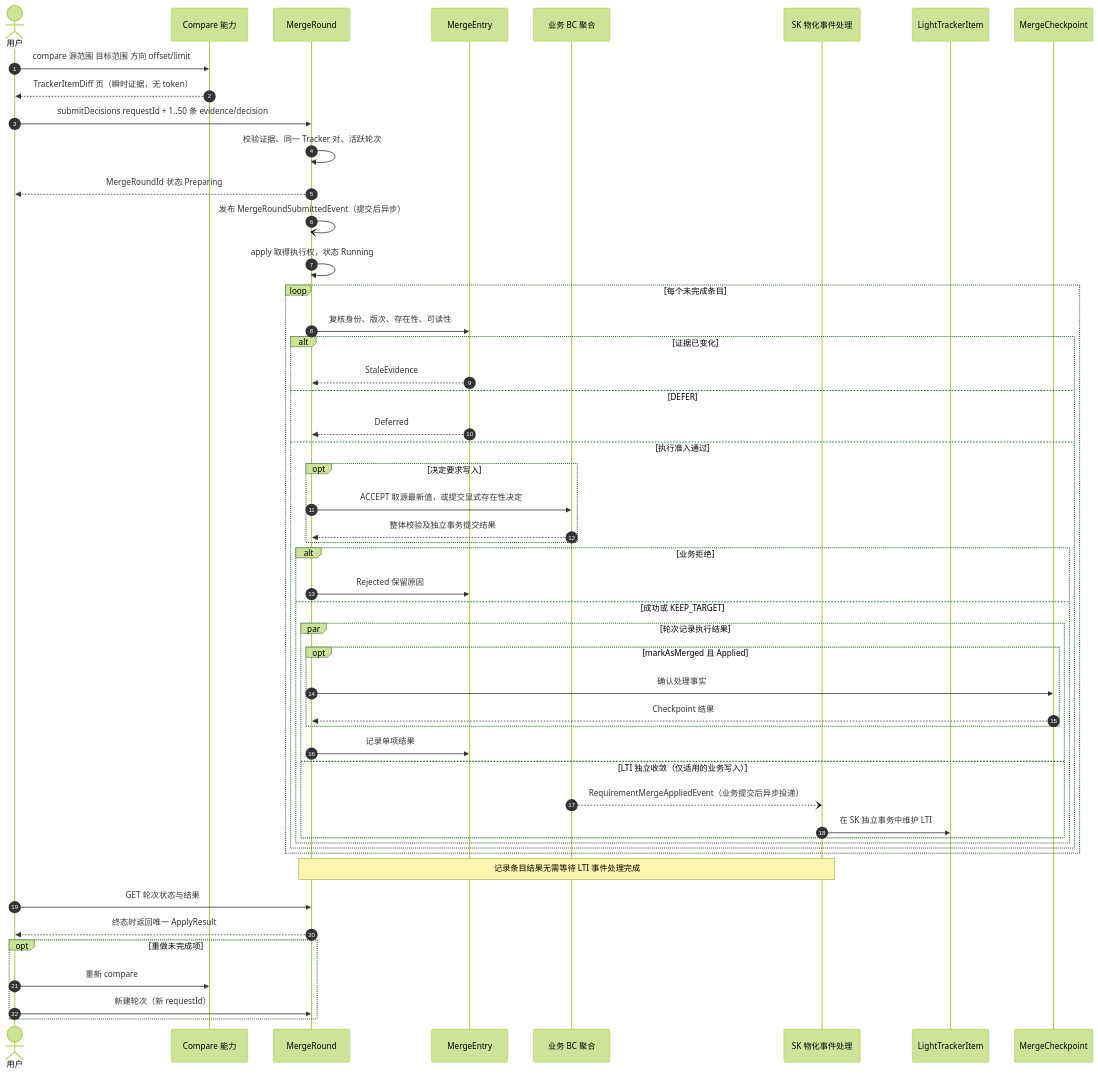
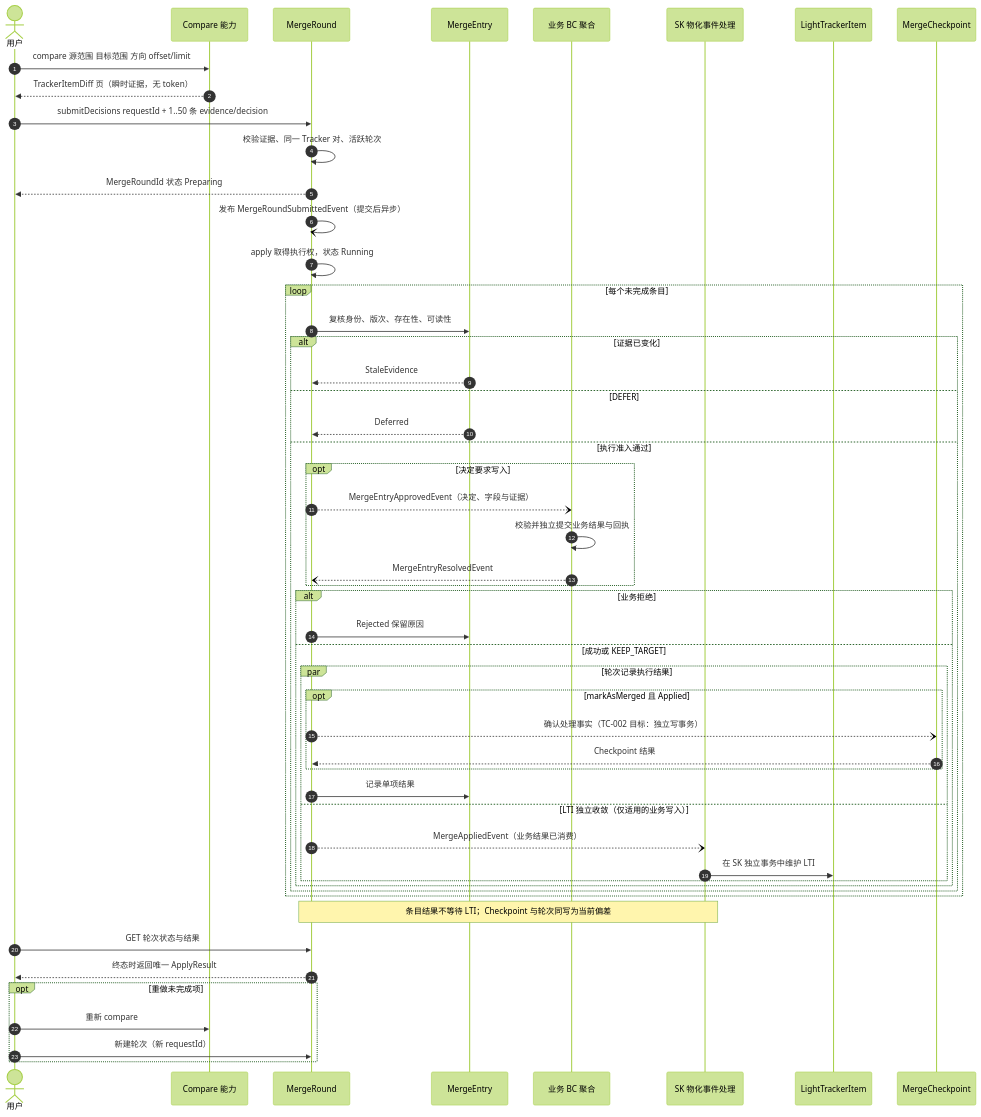
The first of 3 diagrams in docs/working-set/diagrams/merge-entry-lifecycle.md (Greytrack/ddd-workingset), drawn with Mermaid (forest theme) before and after one commit. The commit also changed 40 other files, not shown here.

````diff
--- a/docs/working-set/diagrams/merge-entry-lifecycle.md
+++ b/docs/working-set/diagrams/merge-entry-lifecycle.md
@@ -19,57 +19,58 @@
 ```mermaid
 sequenceDiagram
     autonumber
     actor U as 用户
     participant D as Compare 能力
     participant R as MergeRound
     participant E as MergeEntry
     participant BC as 业务 BC 聚合
     participant H as SK 物化事件处理
     participant L as LightTrackerItem
     participant C as MergeCheckpoint
 
     U->>D: compare 源范围 目标范围 方向 offset/limit
     D-->>U: TrackerItemDiff 页（瞬时证据，无 token）
 
     U->>R: submitDecisions requestId + 1..50 条 evidence/decision
     R->>R: 校验证据、同一 Tracker 对、活跃轮次
     R-->>U: MergeRoundId 状态 Preparing
     R-)R: 发布 MergeRoundSubmittedEvent（提交后异步）
 
     R->>R: apply 取得执行权，状态 Running
     loop 每个未完成条目
         R->>E: 复核身份、版次、存在性、可读性
         alt 证据已变化
             E-->>R: StaleEvidence
         else DEFER
             E-->>R: Deferred
         else 执行准入通过
             opt 决定要求写入
-                R->>BC: ACCEPT 取源最新值，或提交显式存在性决定
-                BC-->>R: 整体校验及独立事务提交结果
+                R--)BC: MergeEntryApprovedEvent（决定、字段与证据）
+                BC->>BC: 校验并独立提交业务结果与回执
+                BC--)R: MergeEntryResolvedEvent
             end
             alt 业务拒绝
                 R->>E: Rejected 保留原因
             else 成功或 KEEP_TARGET
                 par 轮次记录执行结果
                     opt markAsMerged 且 Applied
-                        R->>C: 确认处理事实
+                        R--)C: 确认处理事实（TC-002 目标：独立写事务）
                         C-->>R: Checkpoint 结果
                     end
                     R->>E: 记录单项结果
                 and LTI 独立收敛（仅适用的业务写入）
-                    BC--)H: RequirementMergeAppliedEvent（业务提交后异步投递）
+                    R--)H: MergeAppliedEvent（业务结果已消费）
                     H->>L: 在 SK 独立事务中维护 LTI
                 end
             end
         end
     end
-    Note over R,H: 记录条目结果无需等待 LTI 事件处理完成
+    Note over R,H: 条目结果不等待 LTI；Checkpoint 与轮次同写为当前偏差
     U->>R: GET 轮次状态与结果
     R-->>U: 终态时返回唯一 ApplyResult
 
     opt 重做未完成项
         U->>D: 重新 compare
         U->>R: 新建轮次（新 requestId）
     end
 ```
````
